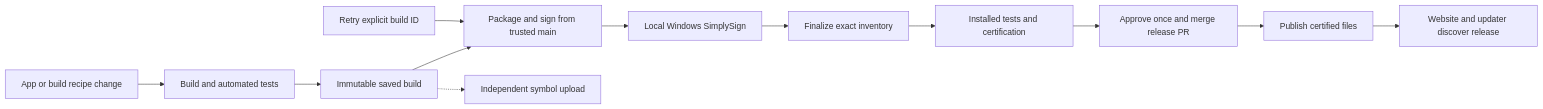
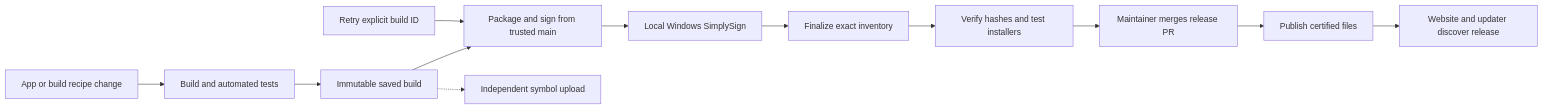
Before and after one commit to azure06/clipsx: the diagram in .agents/skills/clipsx-release/references/operations.md, drawn with Mermaid. The commit also changed other lines of this file and 18 other files, not shown here.

Commit message:
feat(release): publish on maintainer merge

````diff
--- a/.agents/skills/clipsx-release/references/operations.md
+++ b/.agents/skills/clipsx-release/references/operations.md
@@ -8,14 +8,14 @@
 ```mermaid
 flowchart LR
     App[App or build recipe change] --> Build[Build and automated tests]
     Build --> Save[Immutable saved build]
     Save --> Prepare[Package and sign from trusted main]
     Retry[Retry explicit build ID] --> Prepare
     Save -.-> Symbols[Independent symbol upload]
     Prepare --> Win[Local Windows SimplySign]
     Win --> Final[Finalize exact inventory]
-    Final --> Test[Installed tests and certification]
-    Test --> Merge[Approve once and merge release PR]
+    Final --> Test[Verify hashes and test installers]
+    Test --> Merge[Maintainer merges release PR]
     Merge --> Publish[Publish certified files]
     Publish --> Web[Website and updater discover release]
 ```
````
